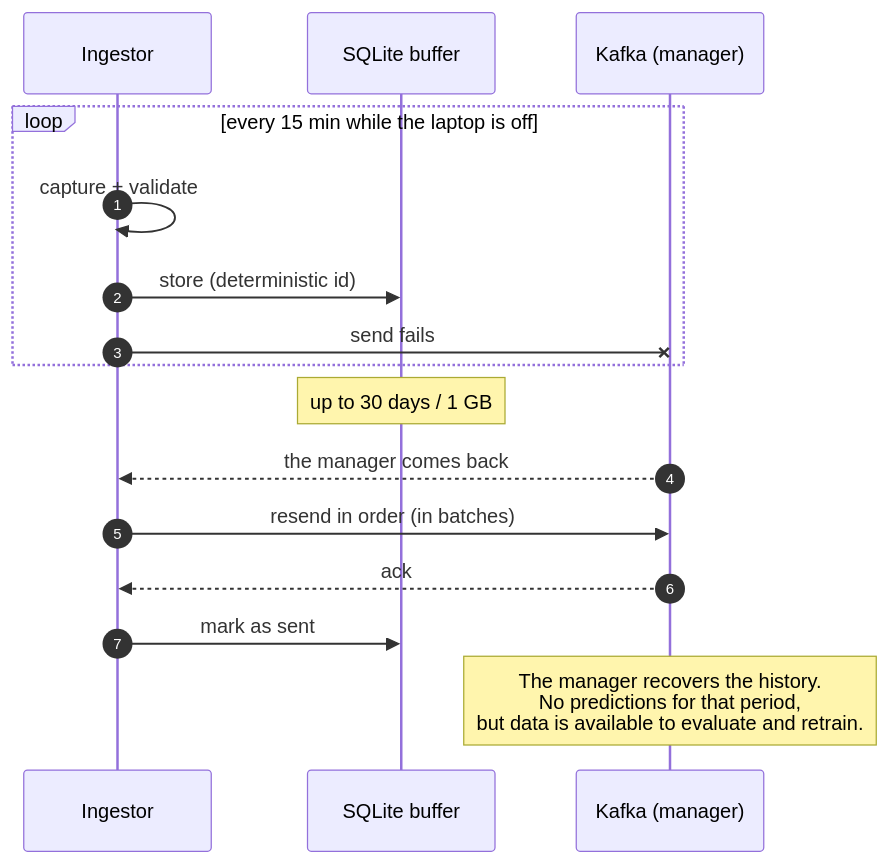
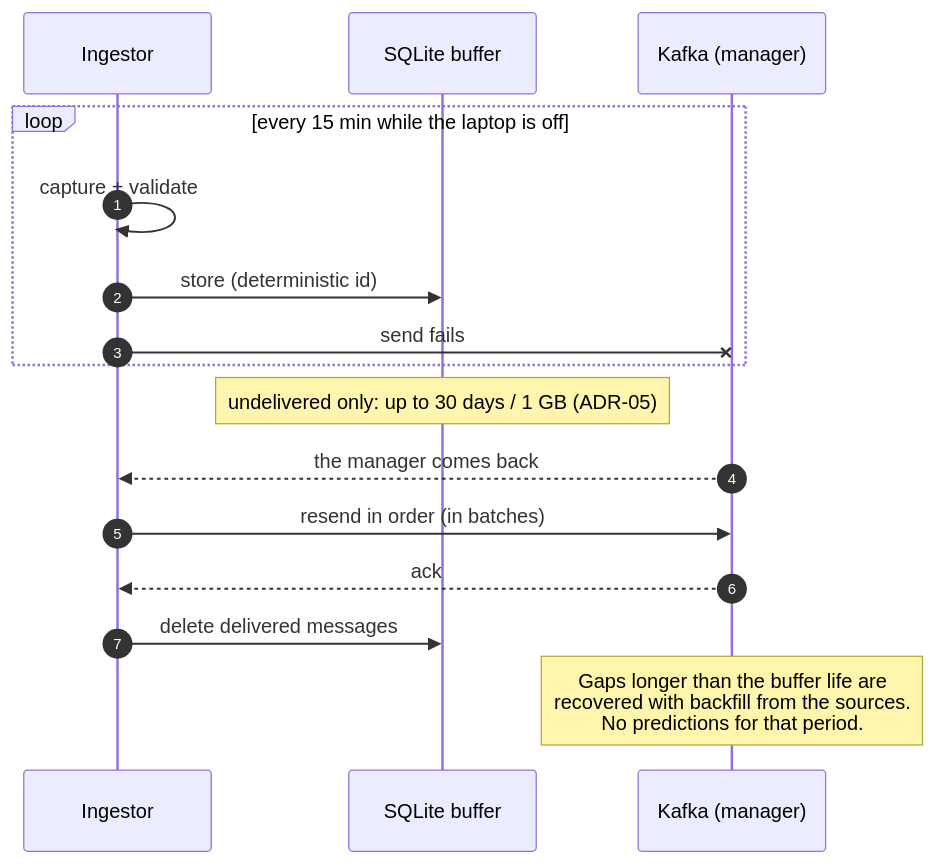
One commit to Esk1z0/MIBEL-Ops changed the seventh of 16 diagrams in docs/03_diagrams.md. Above: the diagram before and after it, drawn with Mermaid. The commit also changed other lines of this file and 8 other files, not shown here.

First line of the commit message:
docs: record ADR-05 and accepted edge data gate changes

````diff
--- a/docs/03_diagrams.md
+++ b/docs/03_diagrams.md
@@ -209,19 +209,19 @@
 ```mermaid
 sequenceDiagram
     autonumber
     participant I as Ingestor
     participant B as SQLite buffer
     participant K as Kafka (manager)
 
     loop every 15 min while the laptop is off
         I->>I: capture + validate
         I->>B: store (deterministic id)
         I-xK: send fails
     end
-    Note over B: up to 30 days / 1 GB
+    Note over B: undelivered only: up to 30 days / 1 GB (ADR-05)
     K-->>I: the manager comes back
     I->>K: resend in order (in batches)
     K-->>I: ack
-    I->>B: mark as sent
-    Note over K: The manager recovers the history.<br/>No predictions for that period,<br/>but data is available to evaluate and retrain.
+    I->>B: delete delivered messages
+    Note over K: Gaps longer than the buffer life are<br/>recovered with backfill from the sources.<br/>No predictions for that period.
 ```
````
